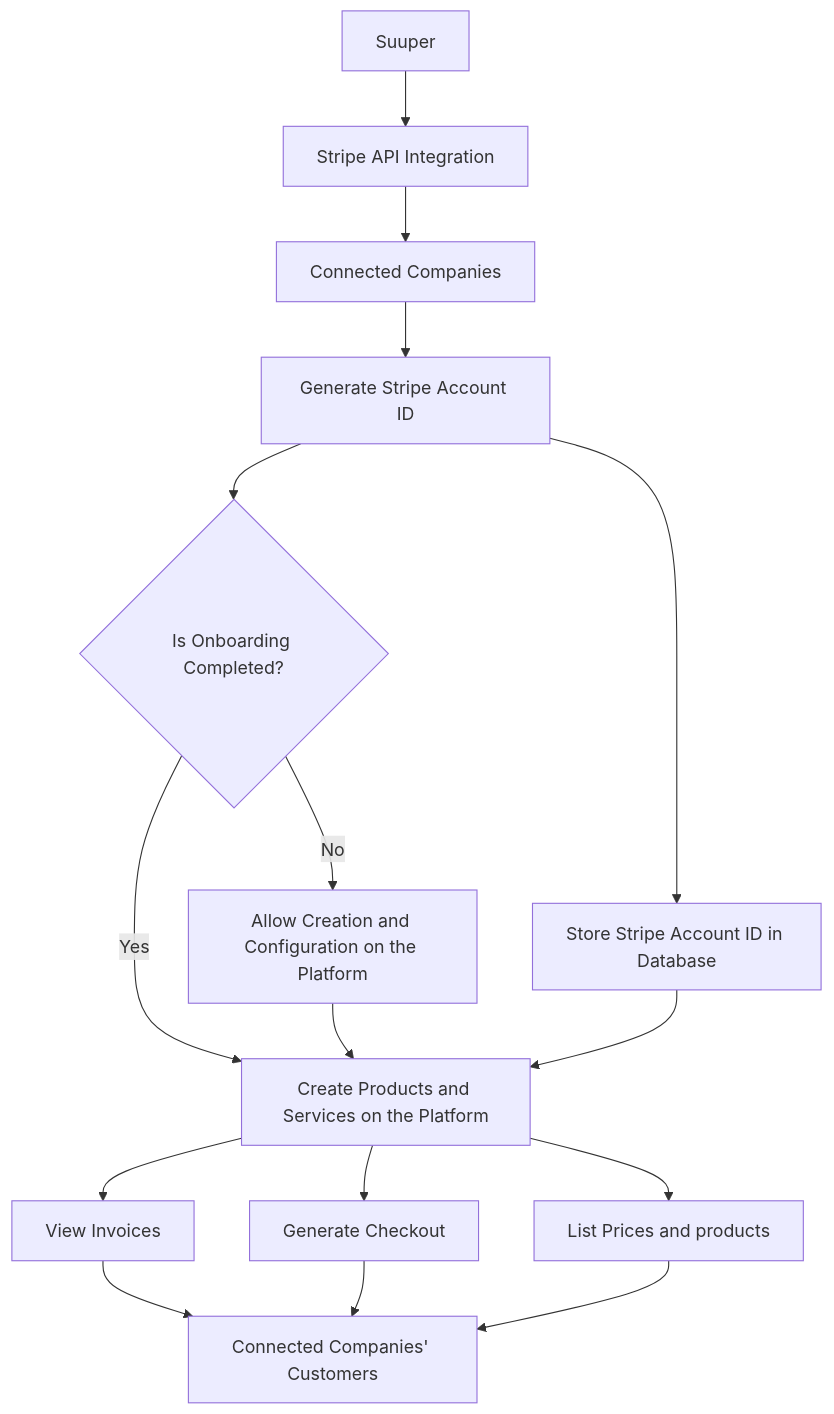
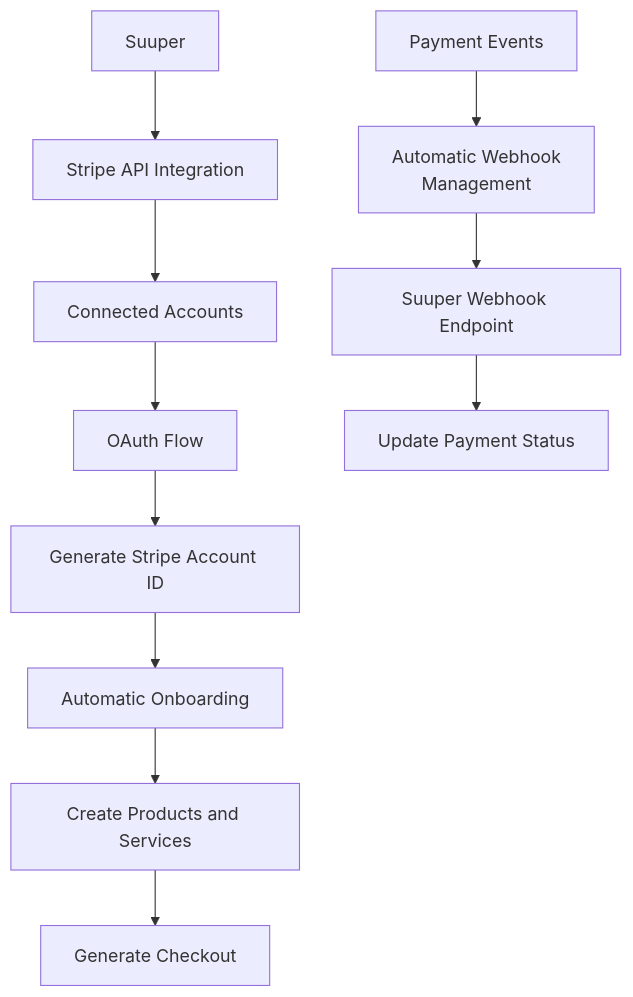
One commit to SuuperSaees/SuuperSaees changed the first of 6 diagrams in README.md. Above: the diagram before and after it, drawn with Mermaid. The commit also changed other lines of this file and 8 other files, not shown here.

````diff
--- a/README.md
+++ b/README.md
@@ -15,18 +15,15 @@
 ```mermaid
-graph TD;
-    A[Suuper] --> B[Stripe API Integration];
-    B --> C[Connected Companies];
-    C --> D[Generate Stripe Account ID];
-    D --> E{Is Onboarding Completed?};
-    E -- No --> F[Allow Creation and Configuration on the Platform];
-    E -- Yes --> G[Create Products and Services on the Platform];
-    F --> G;
-    D --> H[Store Stripe Account ID in Database];
-    H --> G;
-    G --> I[View Invoices];
-    G --> L[List Prices and products]
-    G --> J[Generate Checkout];
-    I --> K[Connected Companies' Customers];
-    J --> K;
-    L --> K;
+graph TD
+    A[Suuper] --> B[Stripe API Integration]
+    B --> C[Connected Accounts]
+    C --> D[OAuth Flow]
+    D --> E[Generate Stripe Account ID]
+    E --> F[Automatic Onboarding]
+    
+    F --> G[Create Products and Services]
+    G --> H[Generate Checkout]
+    
+    I[Payment Events] --> J[Automatic Webhook<br/>Management]
+    J --> K[Suuper Webhook Endpoint]
+    K --> L[Update Payment Status]
 ```
````
